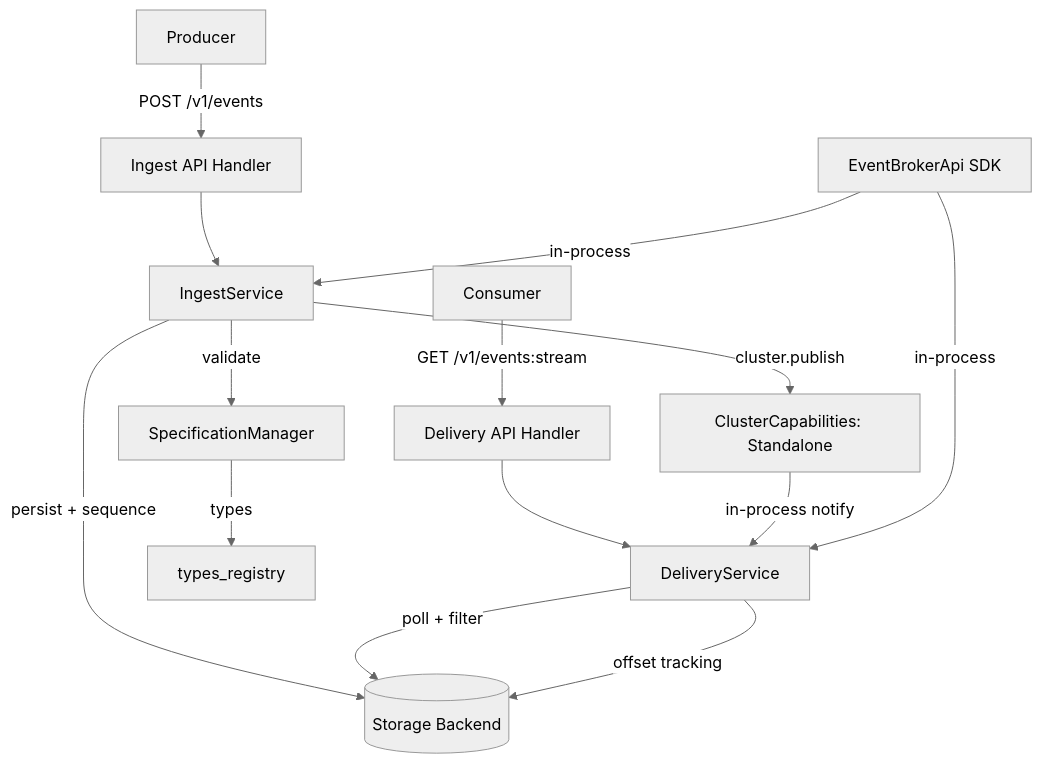
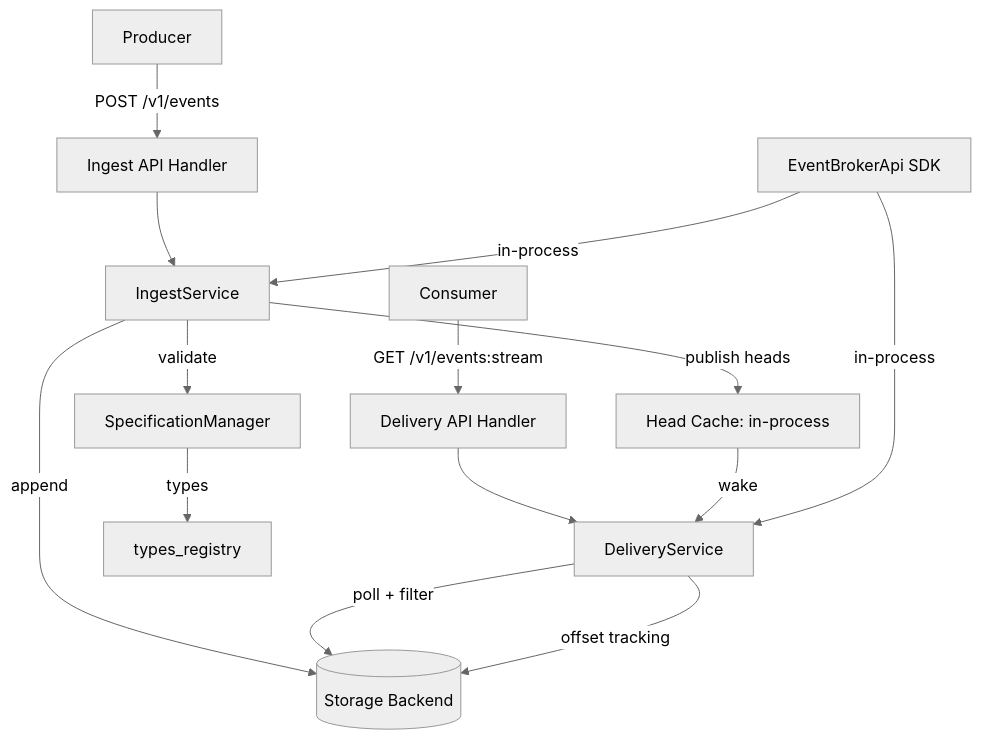
The first of 5 diagrams in gears/system/event-broker/docs/DESIGN.md (constructorfabric/gears-rust), drawn with Mermaid (neutral theme) before and after one commit. The commit also changed other lines of this file and 17 other files, not shown here.

````diff
--- a/gears/system/event-broker/docs/DESIGN.md
+++ b/gears/system/event-broker/docs/DESIGN.md
@@ -127,20 +126,20 @@
 ```mermaid
 graph TB
     Producer[Producer] -->|POST /v1/events| IngestAPI[Ingest API Handler]
     Consumer[Consumer] -->|GET /v1/events:stream| DeliveryAPI[Delivery API Handler]
 
     IngestAPI --> IS[IngestService]
     DeliveryAPI --> DS[DeliveryService]
 
     IS -->|validate| SM[SpecificationManager]
-    IS -->|persist + sequence| SB[(Storage Backend)]
-    IS -->|cluster.publish| CC[ClusterCapabilities: Standalone]
-    CC -->|in-process notify| DS
+    IS -->|append| SB[(Storage Backend)]
+    IS -->|publish heads| HC[Head Cache: in-process]
+    HC -->|wake| DS
 
     DS -->|poll + filter| SB
     DS -->|offset tracking| SB
     SM -->|types| TR[types_registry]
 
     SDK[EventBrokerApi SDK] -->|in-process| IS
     SDK -->|in-process| DS
 ```
````
